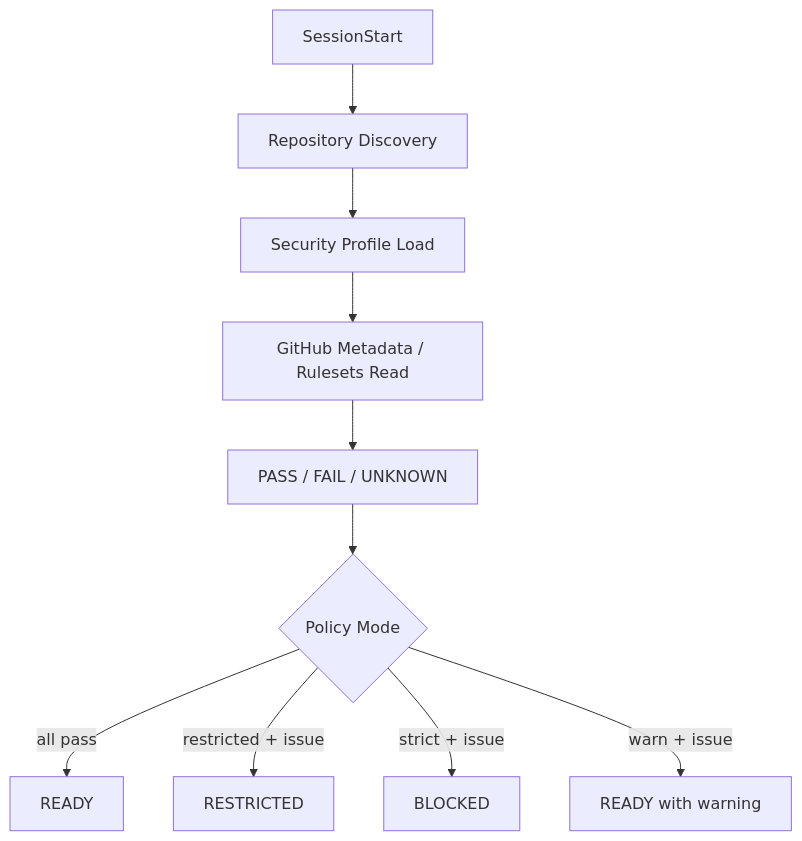
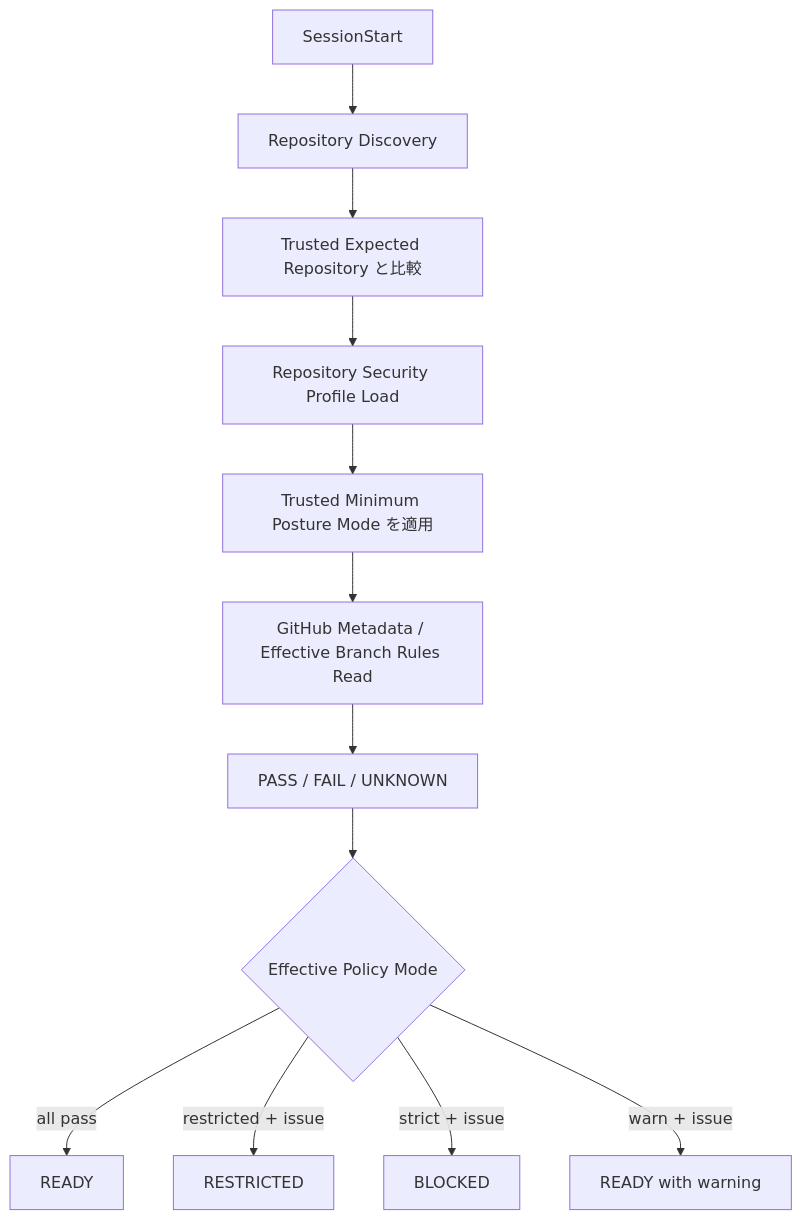
The diagram in docs/ja/decisions/DL-012-sessionstart-repository-posture.md (tomo-chan/agent-harness), drawn with Mermaid before and after one commit. The commit also changed other lines of this file, not shown here.

Commit message:
docs: Repository PostureのTrust Boundaryを強化

````diff
--- a/docs/ja/decisions/DL-012-sessionstart-repository-posture.md
+++ b/docs/ja/decisions/DL-012-sessionstart-repository-posture.md
@@ -13,12 +13,14 @@
 ```mermaid
 flowchart TD
     A[SessionStart] --> B[Repository Discovery]
-    B --> C[Security Profile Load]
-    C --> D[GitHub Metadata / Rulesets Read]
+    B --> TI[Trusted Expected Repository と比較]
+    TI --> C[Repository Security Profile Load]
+    C --> M[Trusted Minimum Posture Mode を適用]
+    M --> D[GitHub Metadata / Effective Branch Rules Read]
     D --> E[PASS / FAIL / UNKNOWN]
-    E --> F{Policy Mode}
+    E --> F{Effective Policy Mode}
     F -->|all pass| R[READY]
     F -->|restricted + issue| X[RESTRICTED]
     F -->|strict + issue| B2[BLOCKED]
     F -->|warn + issue| W[READY with warning]
 ```
````
